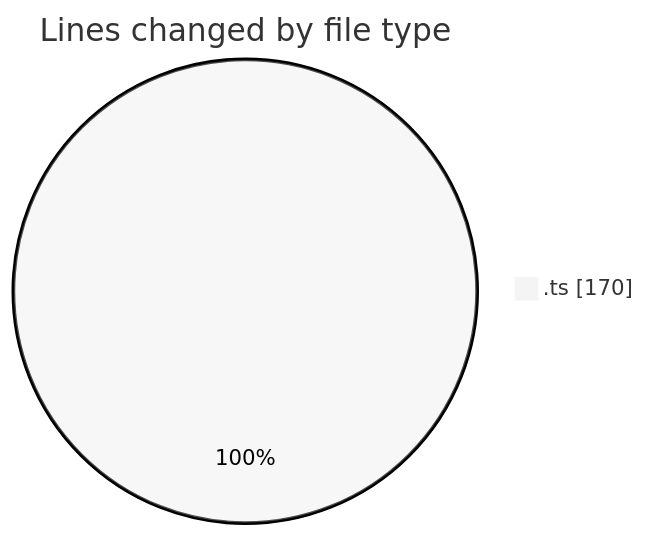
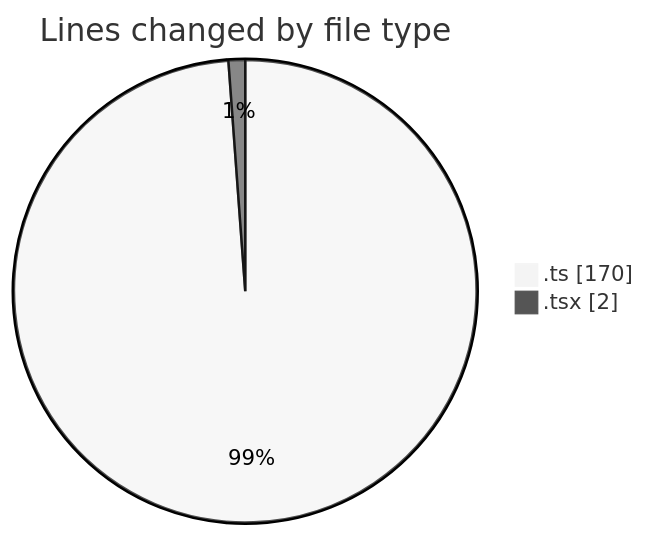
The first of 2 diagrams in 2025-09-02/cda/README.md (momahboobian/code-tracking), drawn with Mermaid (neutral theme) before and after one commit. The commit also changed other lines of this file and 1 other file, not shown here.

````diff
--- a/2025-09-02/cda/README.md
+++ b/2025-09-02/cda/README.md
@@ -20,5 +21,6 @@
 ```mermaid
 pie showData
 title Lines changed by file type
 ".ts" : 170
+".tsx" : 2
 ```
````
